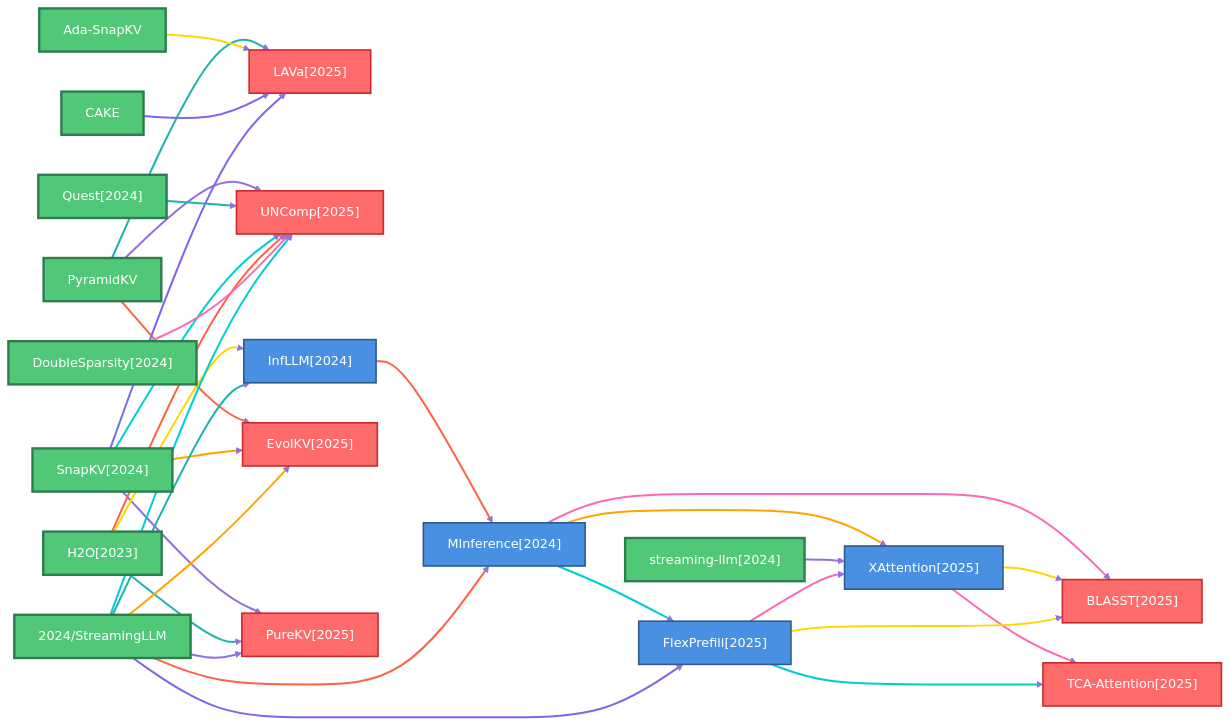
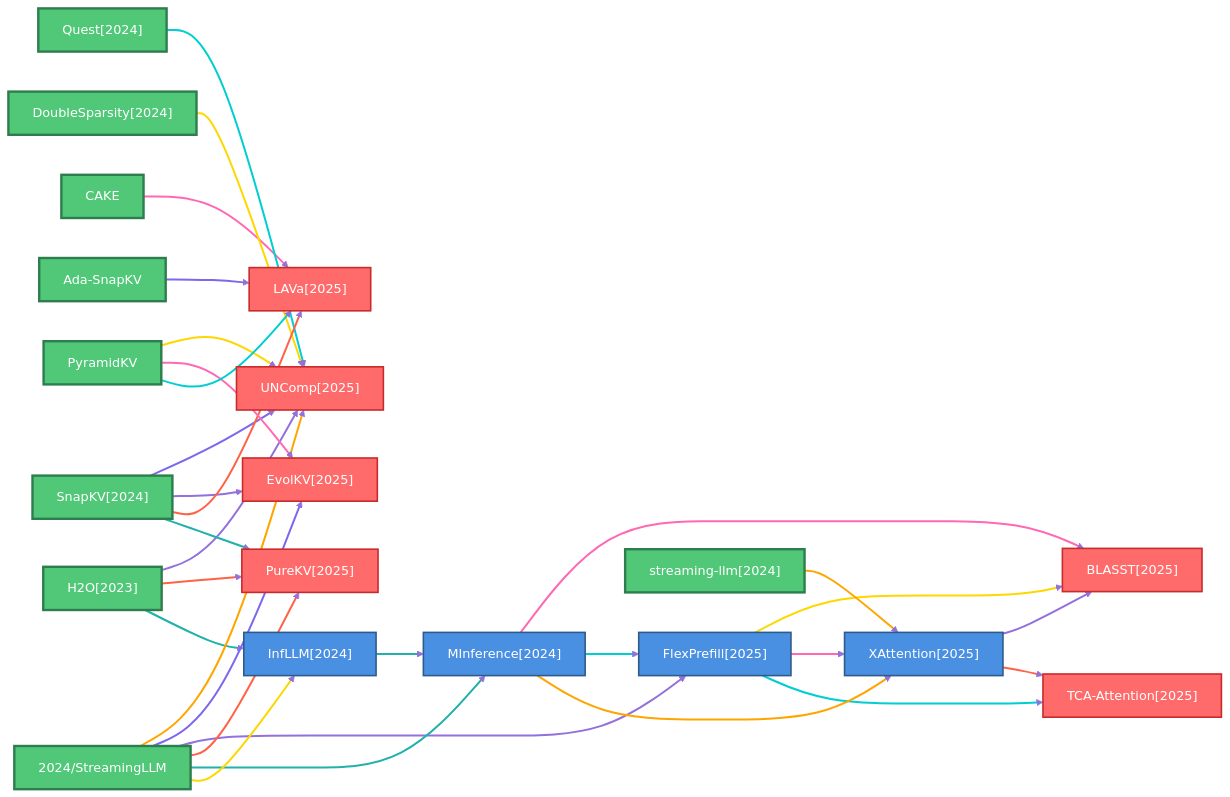
One commit to hustzxd/EfficientPaper changed the fourth of 6 diagrams in docs/baseline_methods_graph.md. Above: the diagram before and after it, drawn with Mermaid. The commit also changed other lines of this file and 1 other file, not shown here.

````diff
--- a/docs/baseline_methods_graph.md
+++ b/docs/baseline_methods_graph.md
@@ -131,103 +131,103 @@
     classDef leafNode fill:#FF6B6B,stroke:#C92A2A,stroke-width:2px,color:#fff
     linkStyle default stroke:#9370DB,stroke-width:2px
 
+    2023_H2O["H2O[2023]"]
+    class 2023_H2O rootNode
+    2025_FlexPrefill["FlexPrefill[2025]"]
+    class 2025_FlexPrefill defaultNode
+    2024_StreamingLLM["2024/StreamingLLM"]
+    class 2024_StreamingLLM rootNode
+    CAKE["CAKE"]
+    class CAKE rootNode
+    2024_Quest["Quest[2024]"]
+    class 2024_Quest rootNode
+    2024_streaming_llm["streaming-llm[2024]"]
+    class 2024_streaming_llm rootNode
+    Ada_SnapKV["Ada-SnapKV"]
+    class Ada_SnapKV rootNode
+    2025_XAttention["XAttention[2025]"]
+    class 2025_XAttention defaultNode
+    2025_BLASST["BLASST[2025]"]
+    class 2025_BLASST leafNode
+    2025_TCA_Attention["TCA-Attention[2025]"]
+    class 2025_TCA_Attention leafNode
+    2025_UNComp["UNComp[2025]"]
+    class 2025_UNComp leafNode
+    2024_InfLLM["InfLLM[2024]"]
+    class 2024_InfLLM defaultNode
+    2024_DoubleSparsity["DoubleSparsity[2024]"]
+    class 2024_DoubleSparsity rootNode
     2025_LAVa["LAVa[2025]"]
     class 2025_LAVa leafNode
+    2025_EvolKV["EvolKV[2025]"]
+    class 2025_EvolKV leafNode
+    2024_MInference["MInference[2024]"]
+    class 2024_MInference defaultNode
+    2024_SnapKV["SnapKV[2024]"]
+    class 2024_SnapKV rootNode
     PyramidKV["PyramidKV"]
     class PyramidKV rootNode
-    2025_UNComp["UNComp[2025]"]
-    class 2025_UNComp leafNode
-    Ada_SnapKV["Ada-SnapKV"]
-    class Ada_SnapKV rootNode
-    2024_MInference["MInference[2024]"]
-    class 2024_MInference defaultNode
-    CAKE["CAKE"]
-    class CAKE rootNode
-    2024_streaming_llm["streaming-llm[2024]"]
-    class 2024_streaming_llm rootNode
-    2024_InfLLM["InfLLM[2024]"]
-    class 2024_InfLLM defaultNode
-    2025_EvolKV["EvolKV[2025]"]
-    class 2025_EvolKV leafNode
-    2024_Quest["Quest[2024]"]
-    class 2024_Quest rootNode
-    2025_XAttention["XAttention[2025]"]
-    class 2025_XAttention defaultNode
-    2024_SnapKV["SnapKV[2024]"]
-    class 2024_SnapKV rootNode
-    2025_BLASST["BLASST[2025]"]
-    class 2025_BLASST leafNode
     2025_PureKV["PureKV[2025]"]
     class 2025_PureKV leafNode
-    2023_H2O["H2O[2023]"]
-    class 2023_H2O rootNode
-    2024_DoubleSparsity["DoubleSparsity[2024]"]
-    class 2024_DoubleSparsity rootNode
-    2025_TCA_Attention["TCA-Attention[2025]"]
-    class 2025_TCA_Attention leafNode
-    2024_StreamingLLM["2024/StreamingLLM"]
-    class 2024_StreamingLLM rootNode
-    2025_FlexPrefill["FlexPrefill[2025]"]
-    class 2025_FlexPrefill defaultNode
 
+    2023_H2O ==>|" "| 2025_UNComp
+    linkStyle 0 stroke:#9370DB,stroke-width:2.5px
+    2023_H2O ==>|" "| 2025_PureKV
+    linkStyle 1 stroke:#FF6347,stroke-width:2.5px
+    2023_H2O ==>|" "| 2024_InfLLM
+    linkStyle 2 stroke:#20B2AA,stroke-width:2.5px
+    2025_FlexPrefill ==>|" "| 2025_BLASST
+    linkStyle 3 stroke:#FFD700,stroke-width:2.5px
+    2025_FlexPrefill ==>|" "| 2025_XAttention
+    linkStyle 4 stroke:#FF69B4,stroke-width:2.5px
+    2025_FlexPrefill ==>|" "| 2025_TCA_Attention
+    linkStyle 5 stroke:#00CED1,stroke-width:2.5px
+    2024_StreamingLLM ==>|" "| 2025_UNComp
+    linkStyle 6 stroke:#FFA500,stroke-width:2.5px
+    2024_StreamingLLM ==>|" "| 2025_EvolKV
+    linkStyle 7 stroke:#7B68EE,stroke-width:2.5px
+    2024_StreamingLLM ==>|" "| 2025_FlexPrefill
+    linkStyle 8 stroke:#9370DB,stroke-width:2.5px
+    2024_StreamingLLM ==>|" "| 2025_PureKV
+    linkStyle 9 stroke:#FF6347,stroke-width:2.5px
+    2024_StreamingLLM ==>|" "| 2024_MInference
+    linkStyle 10 stroke:#20B2AA,stroke-width:2.5px
+    2024_StreamingLLM ==>|" "| 2024_InfLLM
+    linkStyle 11 stroke:#FFD700,stroke-width:2.5px
+    CAKE ==>|" "| 2025_LAVa
+    linkStyle 12 stroke:#FF69B4,stroke-width:2.5px
+    2024_Quest ==>|" "| 2025_UNComp
+    linkStyle 13 stroke:#00CED1,stroke-width:2.5px
+    2024_streaming_llm ==>|" "| 2025_XAttention
+    linkStyle 14 stroke:#FFA500,stroke-width:2.5px
+    Ada_SnapKV ==>|" "| 2025_LAVa
+    linkStyle 15 stroke:#7B68EE,stroke-width:2.5px
+    2025_XAttention ==>|" "| 2025_BLASST
+    linkStyle 16 stroke:#9370DB,stroke-width:2.5px
+    2025_XAttention ==>|" "| 2025_TCA_Attention
+    linkStyle 17 stroke:#FF6347,stroke-width:2.5px
+    2024_InfLLM ==>|" "| 2024_MInference
+    linkStyle 18 stroke:#20B2AA,stroke-width:2.5px
+    2024_DoubleSparsity ==>|" "| 2025_UNComp
+    linkStyle 19 stroke:#FFD700,stroke-width:2.5px
+    2024_MInference ==>|" "| 2025_BLASST
+    linkStyle 20 stroke:#FF69B4,stroke-width:2.5px
+    2024_MInference ==>|" "| 2025_FlexPrefill
+    linkStyle 21 stroke:#00CED1,stroke-width:2.5px
+    2024_MInference ==>|" "| 2025_XAttention
+    linkStyle 22 stroke:#FFA500,stroke-width:2.5px
+    2024_SnapKV ==>|" "| 2025_UNComp
+    linkStyle 23 stroke:#7B68EE,stroke-width:2.5px
+    2024_SnapKV ==>|" "| 2025_EvolKV
+    linkStyle 24 stroke:#9370DB,stroke-width:2.5px
+    2024_SnapKV ==>|" "| 2025_LAVa
+    linkStyle 25 stroke:#FF6347,stroke-width:2.5px
+    2024_SnapKV ==>|" "| 2025_PureKV
+    linkStyle 26 stroke:#20B2AA,stroke-width:2.5px
     PyramidKV ==>|" "| 2025_UNComp
-    linkStyle 0 stroke:#9370DB,stroke-width:2.5px
+    linkStyle 27 stroke:#FFD700,stroke-width:2.5px
     PyramidKV ==>|" "| 2025_EvolKV
-    linkStyle 1 stroke:#FF6347,stroke-width:2.5px
+    linkStyle 28 stroke:#FF69B4,stroke-width:2.5px
     PyramidKV ==>|" "| 2025_LAVa
-    linkStyle 2 stroke:#20B2AA,stroke-width:2.5px
-    Ada_SnapKV ==>|" "| 2025_LAVa
-    linkStyle 3 stroke:#FFD700,stroke-width:2.5px
-    2024_MInference ==>|" "| 2025_BLASST
-    linkStyle 4 stroke:#FF69B4,stroke-width:2.5px
-    2024_MInference ==>|" "| 2025_FlexPrefill
-    linkStyle 5 stroke:#00CED1,stroke-width:2.5px
-    2024_MInference ==>|" "| 2025_XAttention
-    linkStyle 6 stroke:#FFA500,stroke-width:2.5px
-    CAKE ==>|" "| 2025_LAVa
-    linkStyle 7 stroke:#7B68EE,stroke-width:2.5px
-    2024_streaming_llm ==>|" "| 2025_XAttention
-    linkStyle 8 stroke:#9370DB,stroke-width:2.5px
-    2024_InfLLM ==>|" "| 2024_MInference
-    linkStyle 9 stroke:#FF6347,stroke-width:2.5px
-    2024_Quest ==>|" "| 2025_UNComp
-    linkStyle 10 stroke:#20B2AA,stroke-width:2.5px
-    2025_XAttention ==>|" "| 2025_BLASST
-    linkStyle 11 stroke:#FFD700,stroke-width:2.5px
-    2025_XAttention ==>|" "| 2025_TCA_Attention
-    linkStyle 12 stroke:#FF69B4,stroke-width:2.5px
-    2024_SnapKV ==>|" "| 2025_UNComp
-    linkStyle 13 stroke:#00CED1,stroke-width:2.5px
-    2024_SnapKV ==>|" "| 2025_EvolKV
-    linkStyle 14 stroke:#FFA500,stroke-width:2.5px
-    2024_SnapKV ==>|" "| 2025_LAVa
-    linkStyle 15 stroke:#7B68EE,stroke-width:2.5px
-    2024_SnapKV ==>|" "| 2025_PureKV
-    linkStyle 16 stroke:#9370DB,stroke-width:2.5px
-    2023_H2O ==>|" "| 2025_UNComp
-    linkStyle 17 stroke:#FF6347,stroke-width:2.5px
-    2023_H2O ==>|" "| 2025_PureKV
-    linkStyle 18 stroke:#20B2AA,stroke-width:2.5px
-    2023_H2O ==>|" "| 2024_InfLLM
-    linkStyle 19 stroke:#FFD700,stroke-width:2.5px
-    2024_DoubleSparsity ==>|" "| 2025_UNComp
-    linkStyle 20 stroke:#FF69B4,stroke-width:2.5px
-    2024_StreamingLLM ==>|" "| 2025_UNComp
-    linkStyle 21 stroke:#00CED1,stroke-width:2.5px
-    2024_StreamingLLM ==>|" "| 2025_EvolKV
-    linkStyle 22 stroke:#FFA500,stroke-width:2.5px
-    2024_StreamingLLM ==>|" "| 2025_FlexPrefill
-    linkStyle 23 stroke:#7B68EE,stroke-width:2.5px
-    2024_StreamingLLM ==>|" "| 2025_PureKV
-    linkStyle 24 stroke:#9370DB,stroke-width:2.5px
-    2024_StreamingLLM ==>|" "| 2024_MInference
-    linkStyle 25 stroke:#FF6347,stroke-width:2.5px
-    2024_StreamingLLM ==>|" "| 2024_InfLLM
-    linkStyle 26 stroke:#20B2AA,stroke-width:2.5px
-    2025_FlexPrefill ==>|" "| 2025_BLASST
-    linkStyle 27 stroke:#FFD700,stroke-width:2.5px
-    2025_FlexPrefill ==>|" "| 2025_XAttention
-    linkStyle 28 stroke:#FF69B4,stroke-width:2.5px
-    2025_FlexPrefill ==>|" "| 2025_TCA_Attention
     linkStyle 29 stroke:#00CED1,stroke-width:2.5px
 ```
````
